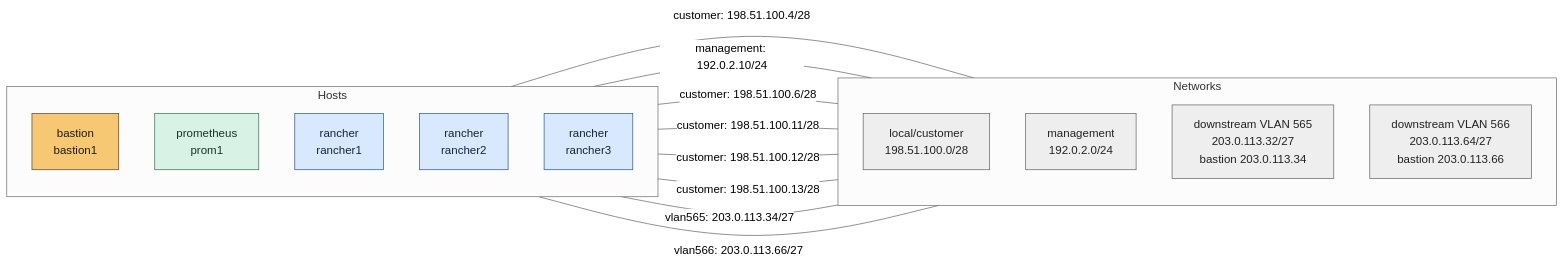
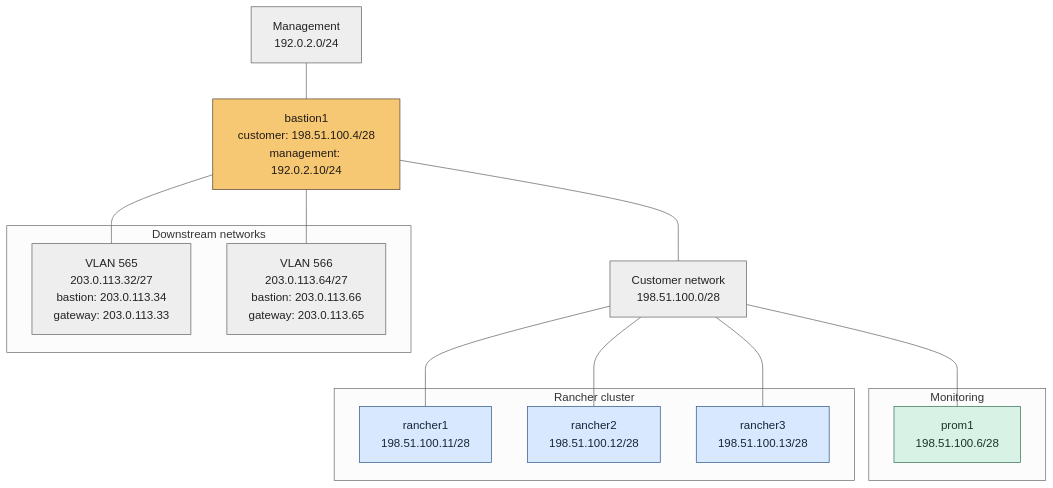
The first of 2 diagrams in examples/full/topology.md (davidhrbac/rinstall), drawn with Mermaid (neutral theme) before and after one commit. The commit also changed other lines of this file and 5 other files, not shown here.

````diff
--- a/examples/full/topology.md
+++ b/examples/full/topology.md
@@ -7,34 +7,34 @@
 ```mermaid
-flowchart LR
-  subgraph core["Hosts"]
-    direction TB
-    host_bastion1_fd65cf69ce["bastion<br/>bastion1"]
-    host_prom1_abf2e7bd7a["prometheus<br/>prom1"]
-    host_rancher1_d47e6b0e07["rancher<br/>rancher1"]
-    host_rancher2_bcc55a020f["rancher<br/>rancher2"]
-    host_rancher3_bbbf0c319b["rancher<br/>rancher3"]
+flowchart TB
+  network_management_288965a1f2["Management<br/>192.0.2.0/24"]
+  host_bastion1_fd65cf69ce["bastion1<br/>customer: 198.51.100.4/28<br/>management: 192.0.2.10/24"]
+  network_customer_b6c4586387["Customer network<br/>198.51.100.0/28"]
+  subgraph monitoring["Monitoring"]
+    host_prom1_abf2e7bd7a["prom1<br/>198.51.100.6/28"]
   end
-  subgraph networks["Networks"]
-    direction TB
-    network_customer_b6c4586387["local/customer<br/>198.51.100.0/28"]
-    network_management_288965a1f2["management<br/>192.0.2.0/24"]
-    network_downstream_vlan565_8ed6786137["downstream VLAN 565<br/>203.0.113.32/27<br/>bastion 203.0.113.34"]
-    network_downstream_vlan566_d2bd8ff235["downstream VLAN 566<br/>203.0.113.64/27<br/>bastion 203.0.113.66"]
+  subgraph rancher_cluster["Rancher cluster"]
+    host_rancher1_d47e6b0e07["rancher1<br/>198.51.100.11/28"]
+    host_rancher2_bcc55a020f["rancher2<br/>198.51.100.12/28"]
+    host_rancher3_bbbf0c319b["rancher3<br/>198.51.100.13/28"]
   end
-  host_bastion1_fd65cf69ce ---|"customer: 198.51.100.4/28"| network_customer_b6c4586387
-  host_bastion1_fd65cf69ce ---|"management: 192.0.2.10/24"| network_management_288965a1f2
-  host_prom1_abf2e7bd7a ---|"customer: 198.51.100.6/28"| network_customer_b6c4586387
-  host_rancher1_d47e6b0e07 ---|"customer: 198.51.100.11/28"| network_customer_b6c4586387
-  host_rancher2_bcc55a020f ---|"customer: 198.51.100.12/28"| network_customer_b6c4586387
-  host_rancher3_bbbf0c319b ---|"customer: 198.51.100.13/28"| network_customer_b6c4586387
-  host_bastion1_fd65cf69ce ---|"vlan565: 203.0.113.34/27"| network_downstream_vlan565_8ed6786137
-  host_bastion1_fd65cf69ce ---|"vlan566: 203.0.113.66/27"| network_downstream_vlan566_d2bd8ff235
+  subgraph downstream["Downstream networks"]
+    network_downstream_vlan565_8ed6786137["VLAN 565<br/>203.0.113.32/27<br/>bastion: 203.0.113.34<br/>gateway: 203.0.113.33"]
+    network_downstream_vlan566_d2bd8ff235["VLAN 566<br/>203.0.113.64/27<br/>bastion: 203.0.113.66<br/>gateway: 203.0.113.65"]
+  end
+  network_management_288965a1f2 --- host_bastion1_fd65cf69ce
+  host_bastion1_fd65cf69ce --- network_customer_b6c4586387
+  network_customer_b6c4586387 --- host_prom1_abf2e7bd7a
+  network_customer_b6c4586387 --- host_rancher1_d47e6b0e07
+  network_customer_b6c4586387 --- host_rancher2_bcc55a020f
+  network_customer_b6c4586387 --- host_rancher3_bbbf0c319b
+  host_bastion1_fd65cf69ce --- network_downstream_vlan565_8ed6786137
+  host_bastion1_fd65cf69ce --- network_downstream_vlan566_d2bd8ff235
   classDef bastion fill:#f7c873,stroke:#5b4636,color:#201a16
   classDef rancher fill:#d8e8ff,stroke:#315a8a,color:#172433
   classDef monitoring fill:#d9f2e6,stroke:#39735a,color:#193326
   classDef network fill:#eeeeee,stroke:#666666,color:#222222
   class host_bastion1_fd65cf69ce bastion
   class host_rancher1_d47e6b0e07,host_rancher2_bcc55a020f,host_rancher3_bbbf0c319b rancher
   class host_prom1_abf2e7bd7a monitoring
   class network_customer_b6c4586387,network_management_288965a1f2,network_downstream_vlan565_8ed6786137,network_downstream_vlan566_d2bd8ff235 network
 ```
````
